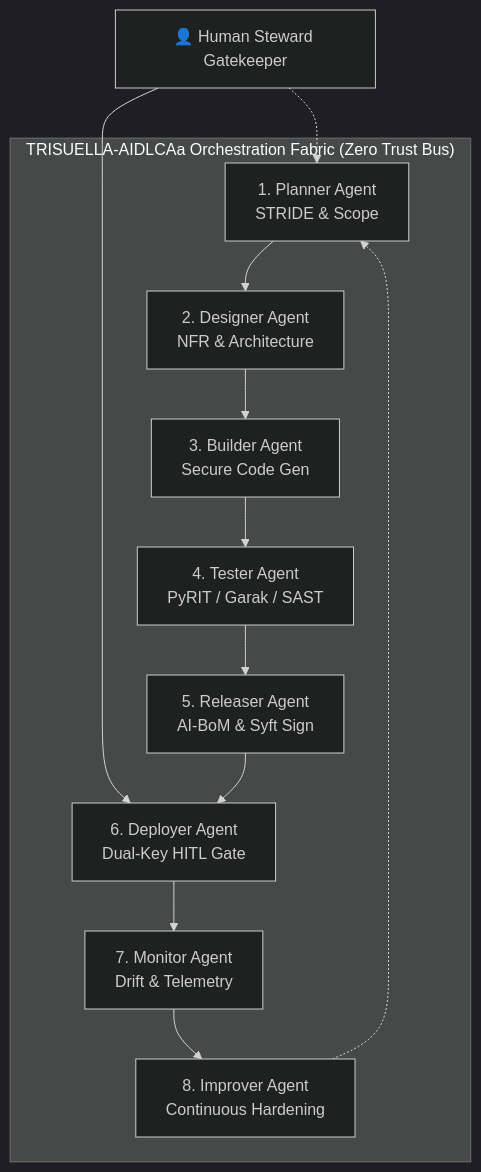
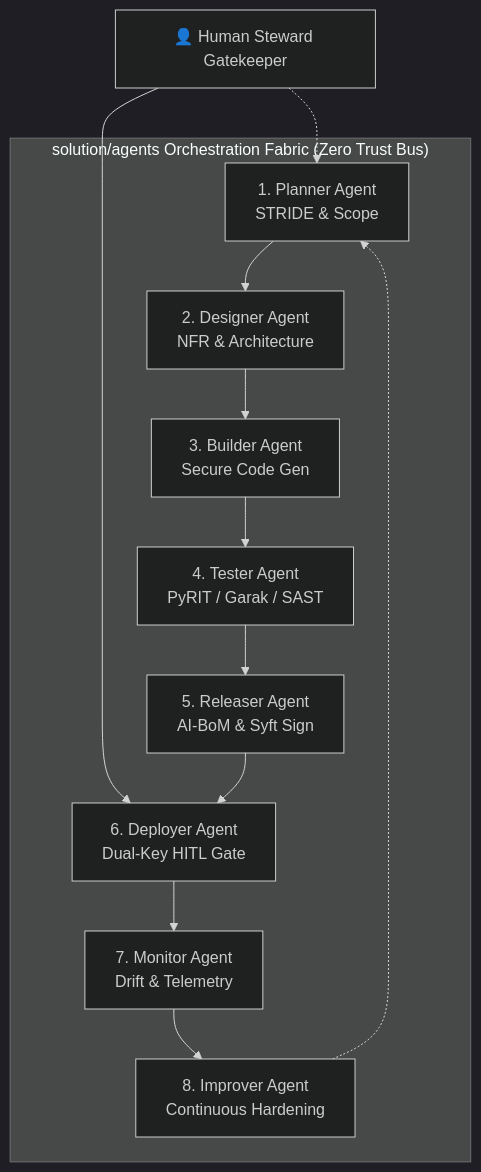
The diagram in solution/agents/README.md (OWASP/TriSuElla-AIDLCA-Framework), drawn with Mermaid (dark theme) before and after one commit. The commit also changed other lines of this file and 62 other files, not shown here.

````diff
--- a/solution/agents/README.md
+++ b/solution/agents/README.md
@@ -29,16 +29,16 @@
 ```mermaid
 graph TD
-    subgraph "TRISUELLA-AIDLCAa Orchestration Fabric (Zero Trust Bus)"
+    subgraph "solution/agents Orchestration Fabric (Zero Trust Bus)"
         P1[1. Planner Agent<br/>STRIDE & Scope] --> P2[2. Designer Agent<br/>NFR & Architecture]
         P2 --> P3[3. Builder Agent<br/>Secure Code Gen]
         P3 --> P4[4. Tester Agent<br/>PyRIT / Garak / SAST]
         P4 --> P5[5. Releaser Agent<br/>AI-BoM & Syft Sign]
         P5 --> P6[6. Deployer Agent<br/>Dual-Key HITL Gate]
         P6 --> P7[7. Monitor Agent<br/>Drift & Telemetry]
         P7 --> P8[8. Improver Agent<br/>Continuous Hardening]
         P8 -.-> P1
     end
 
     HITL[👤 Human Steward Gatekeeper] --> P6
     HITL -.-> P1
 ```
````
